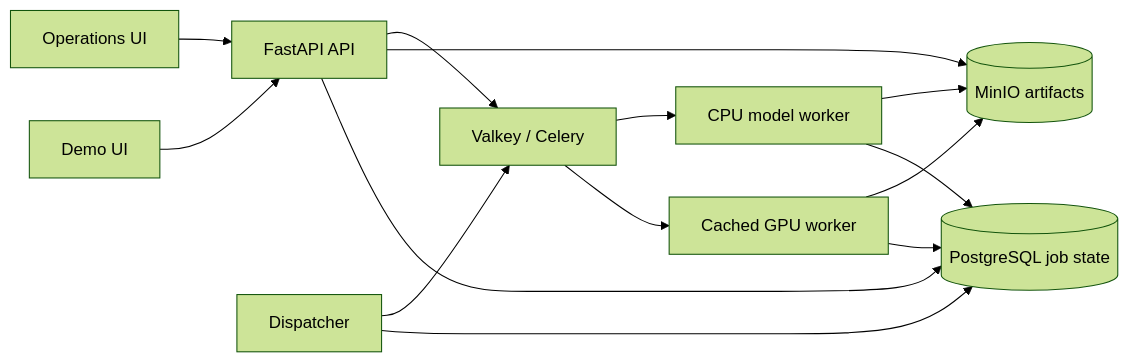
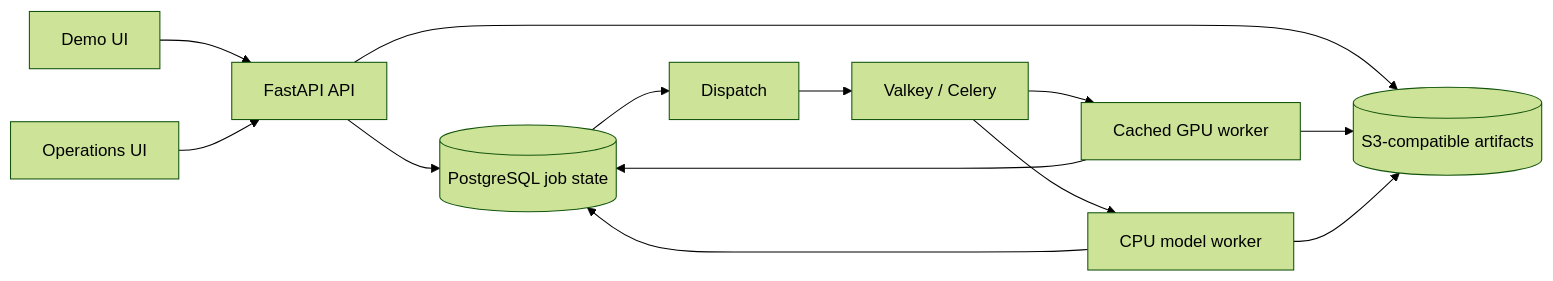
The diagram in README.md (humma-humma/video-mlops-platform), drawn with Mermaid (forest theme) before and after one commit. The commit also changed other lines of this file and 2 other files, not shown here.

````diff
--- a/README.md
+++ b/README.md
@@ -36,16 +39,15 @@
 ```mermaid
 flowchart LR
     UI[Demo UI] --> API[FastAPI API]
     API --> DB[(PostgreSQL job state)]
-    API --> Store[(MinIO artifacts)]
-    API --> Queue[Valkey / Celery]
-    Dispatch[Dispatcher] --> DB
-    Dispatch --> Queue
+    API --> Store[(S3-compatible artifacts)]
+    DB --> Dispatch
+    Dispatch --> Queue[Valkey / Celery]
     Queue --> Worker[Cached GPU worker]
     Queue --> CPU[CPU model worker]
     Worker --> DB
     Worker --> Store
     CPU --> DB
     CPU --> Store
     Ops[Operations UI] --> API
 ```
````
